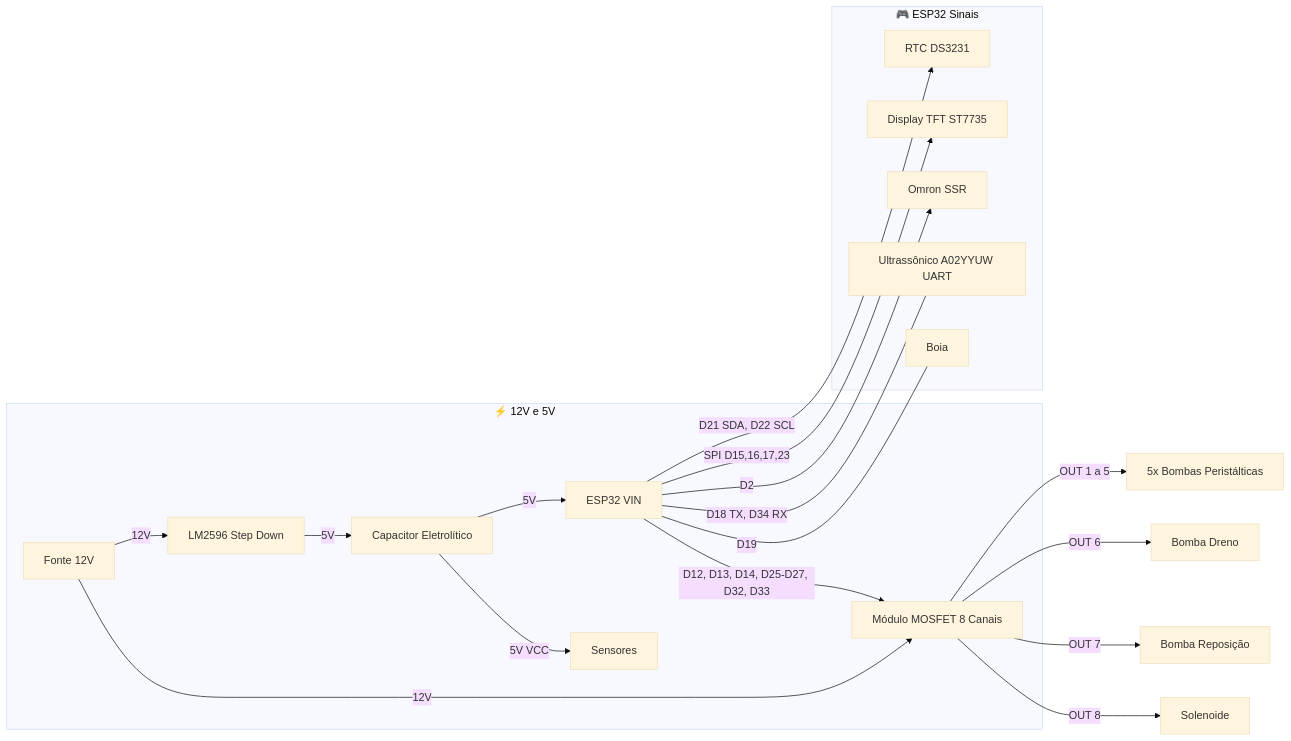
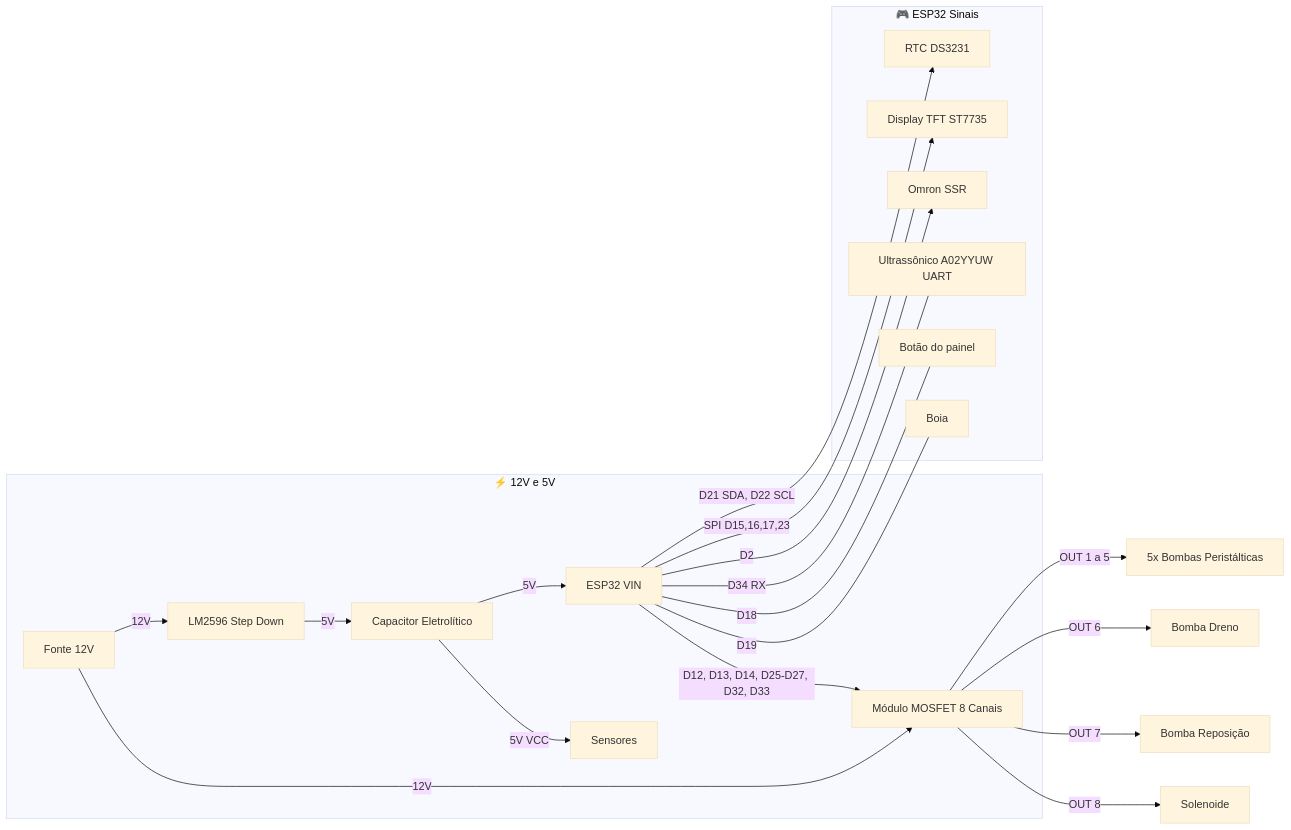
Before and after one commit to PhilipeGatis/IARA: the second of 2 diagrams in README.pt-BR.md, drawn with Mermaid (base theme). The commit also changed other lines of this file and 36 other files, not shown here.

````diff
--- a/README.pt-BR.md
+++ b/README.pt-BR.md
@@ -112,24 +112,25 @@
 ```mermaid
 graph LR
   subgraph Alimentacao [⚡ 12V e 5V]
     PSU[Fonte 12V] -->|12V| MOSFET[Módulo MOSFET 8 Canais]
     PSU -->|12V| LM2596[LM2596 Step Down]
     LM2596 -->|5V| Cap[Capacitor Eletrolítico]
     Cap -->|5V| ESP32[ESP32 VIN]
     Cap -->|5V VCC| SENS[Sensores]
   end
 
   subgraph Sinais [🎮 ESP32 Sinais]
     ESP32 -->|D21 SDA, D22 SCL| I2C[RTC DS3231]
     ESP32 -->|SPI D15,16,17,23| TFT[Display TFT ST7735]
     ESP32 -->|D12, D13, D14, D25-D27, D32, D33| MOSFET
     ESP32 -->|D2| SSR[Omron SSR]
-    ESP32 ---|D18 TX, D34 RX| Ultra[Ultrassônico A02YYUW UART]
+    ESP32 ---|D34 RX| Ultra[Ultrassônico A02YYUW UART]
+    ESP32 ---|D18| Button[Botão do painel]
     ESP32 ---|D19| Float[Boia]
   end
 
   MOSFET -->|OUT 1 a 5| Peristalticas[5x Bombas Peristálticas]
   MOSFET -->|OUT 6| Diaphragm[Bomba Dreno]
   MOSFET -->|OUT 7| WaterPump[Bomba Reposição]
   MOSFET -->|OUT 8| Solenoid[Solenoide]
 ```
````
